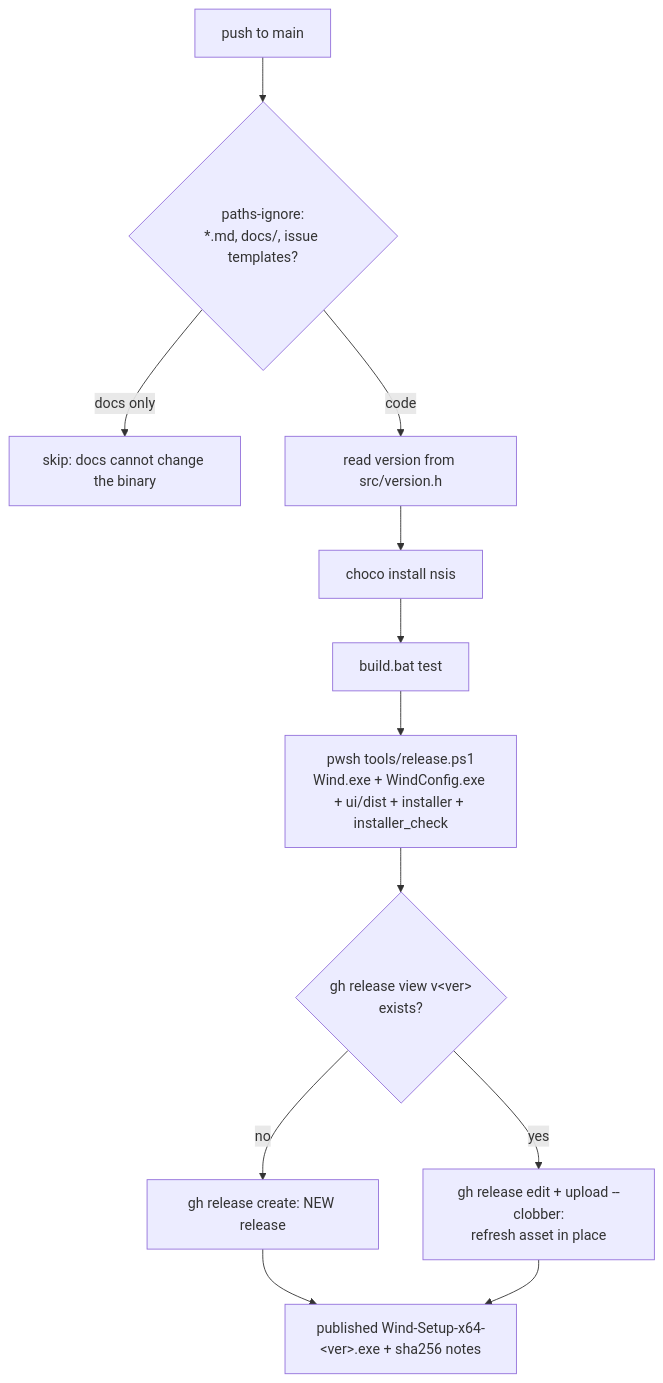
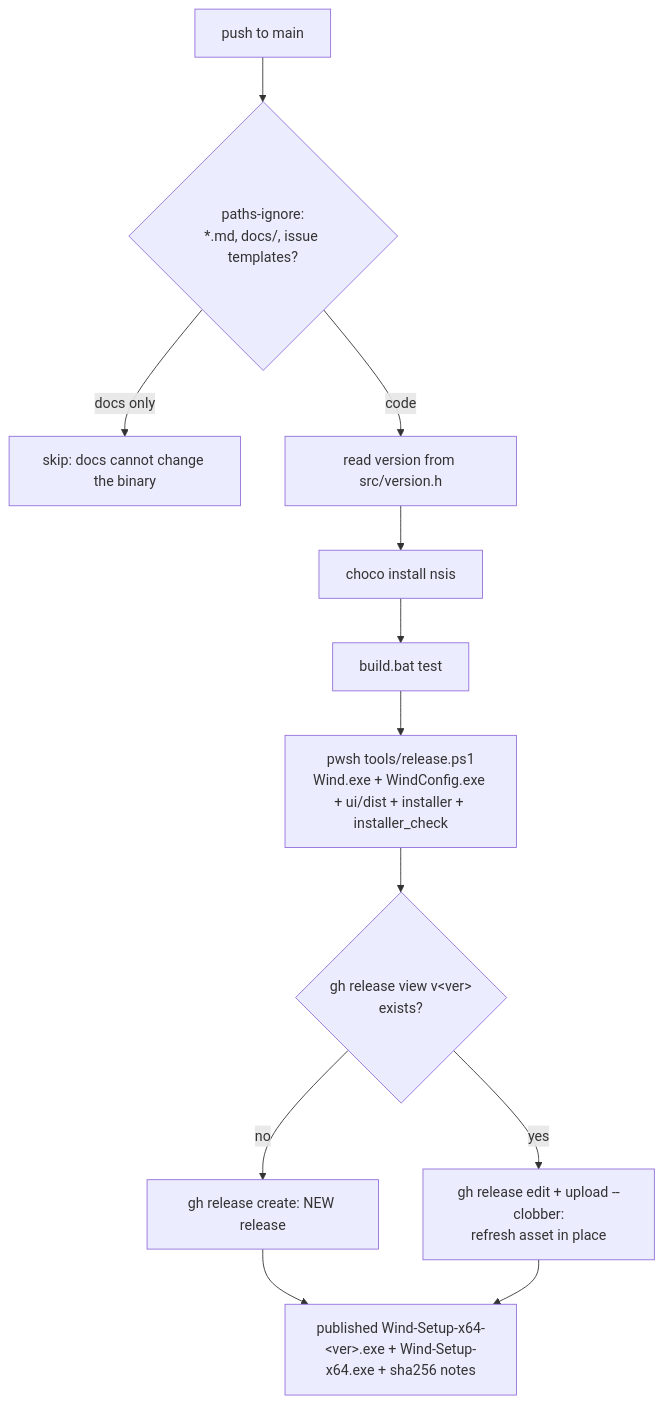
Before and after one commit to Maxaubert/Wind: the diagram in docs/architecture/11-build-test-release.md, drawn with Mermaid. The commit also changed other lines of this file and 20 other files, not shown here.

````diff
--- a/docs/architecture/11-build-test-release.md
+++ b/docs/architecture/11-build-test-release.md
@@ -76,14 +76,14 @@
 ```mermaid
 flowchart TD
     P[push to main] --> F{paths-ignore:\n*.md, docs/, issue templates?}
     F -- docs only --> S[skip: docs cannot change the binary]
     F -- code --> V[read version from src/version.h]
     V --> N[choco install nsis]
     N --> T[build.bat test]
     T --> B[pwsh tools/release.ps1\nWind.exe + WindConfig.exe + ui/dist + installer + installer_check]
     B --> R{gh release view v&lt;ver&gt;\nexists?}
     R -- no --> C[gh release create: NEW release]
     R -- yes --> U[gh release edit + upload --clobber:\nrefresh asset in place]
-    C --> D[published Wind-Setup-x64-&lt;ver&gt;.exe + sha256 notes]
+    C --> D[published Wind-Setup-x64-&lt;ver&gt;.exe + Wind-Setup-x64.exe + sha256 notes]
     U --> D
 ```
````
